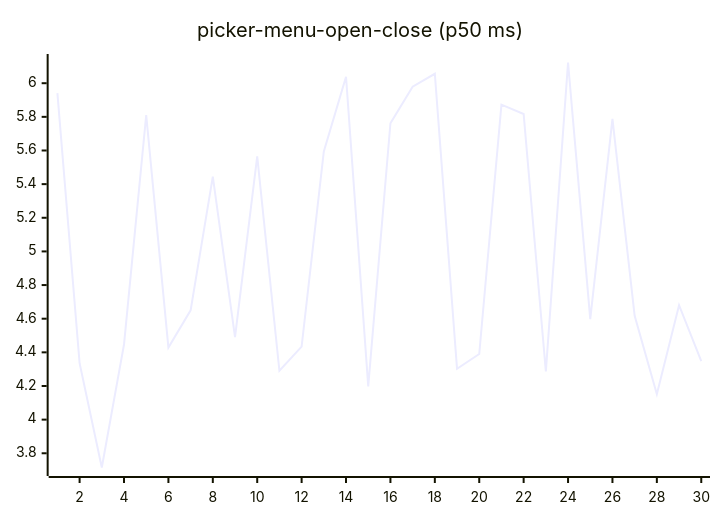
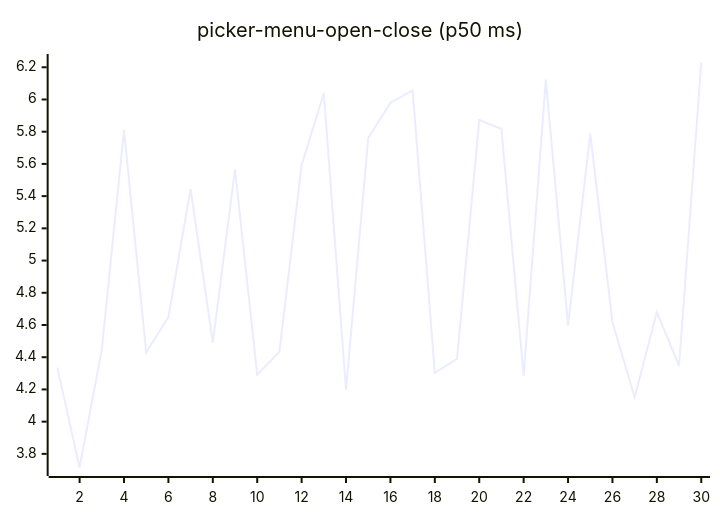
Before and after one commit to josha/Facet: diagram 16 of 27 in README.md, drawn with Mermaid. The commit also changed other lines of this file and 2 other files, not shown here.

````diff
--- a/README.md
+++ b/README.md
@@ -168,6 +168,6 @@
 ```mermaid
 xychart-beta
     title "picker-menu-open-close (p50 ms)"
     x-axis 1 --> 30
-    line [5.9413, 4.3353, 3.7154, 4.4466, 5.8101, 4.4287, 4.6495, 5.4442, 4.4899, 5.5654, 4.2905, 4.4342, 5.5941, 6.0384, 4.1981, 5.7619, 5.9791, 6.0560, 4.3027, 4.3902, 5.8724, 5.8169, 4.2859, 6.1231, 4.5970, 5.7880, 4.6174, 4.1511, 4.6804, 4.3471]
+    line [4.3353, 3.7154, 4.4466, 5.8101, 4.4287, 4.6495, 5.4442, 4.4899, 5.5654, 4.2905, 4.4342, 5.5941, 6.0384, 4.1981, 5.7619, 5.9791, 6.0560, 4.3027, 4.3902, 5.8724, 5.8169, 4.2859, 6.1231, 4.5970, 5.7880, 4.6174, 4.1511, 4.6804, 4.3471, 6.2296]
 ```
````
